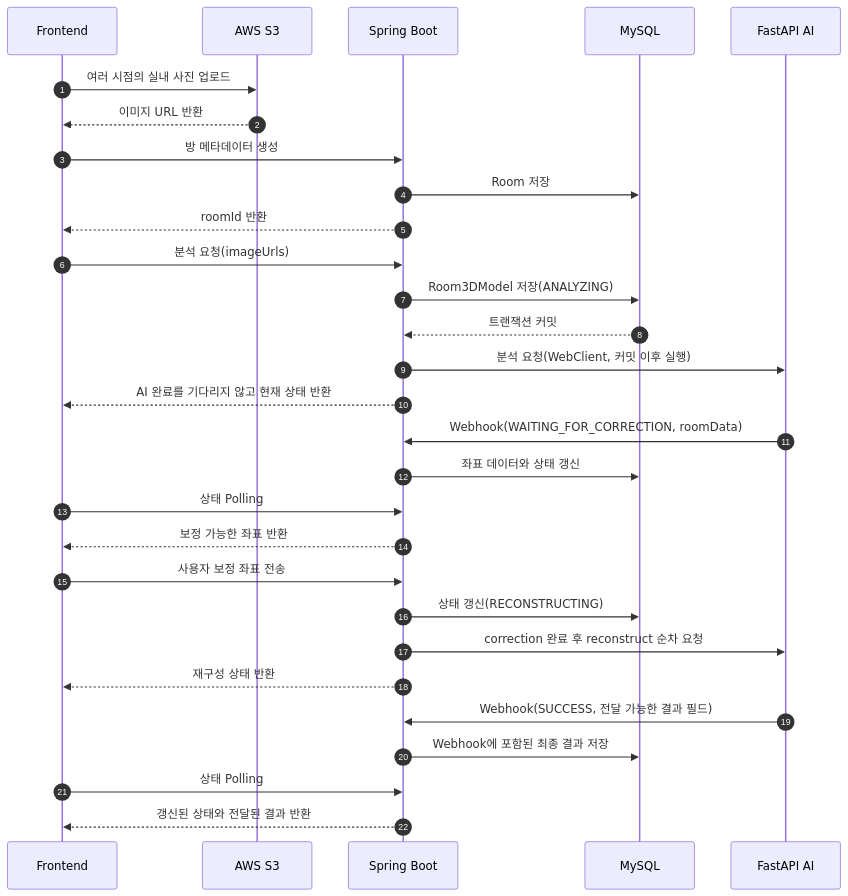
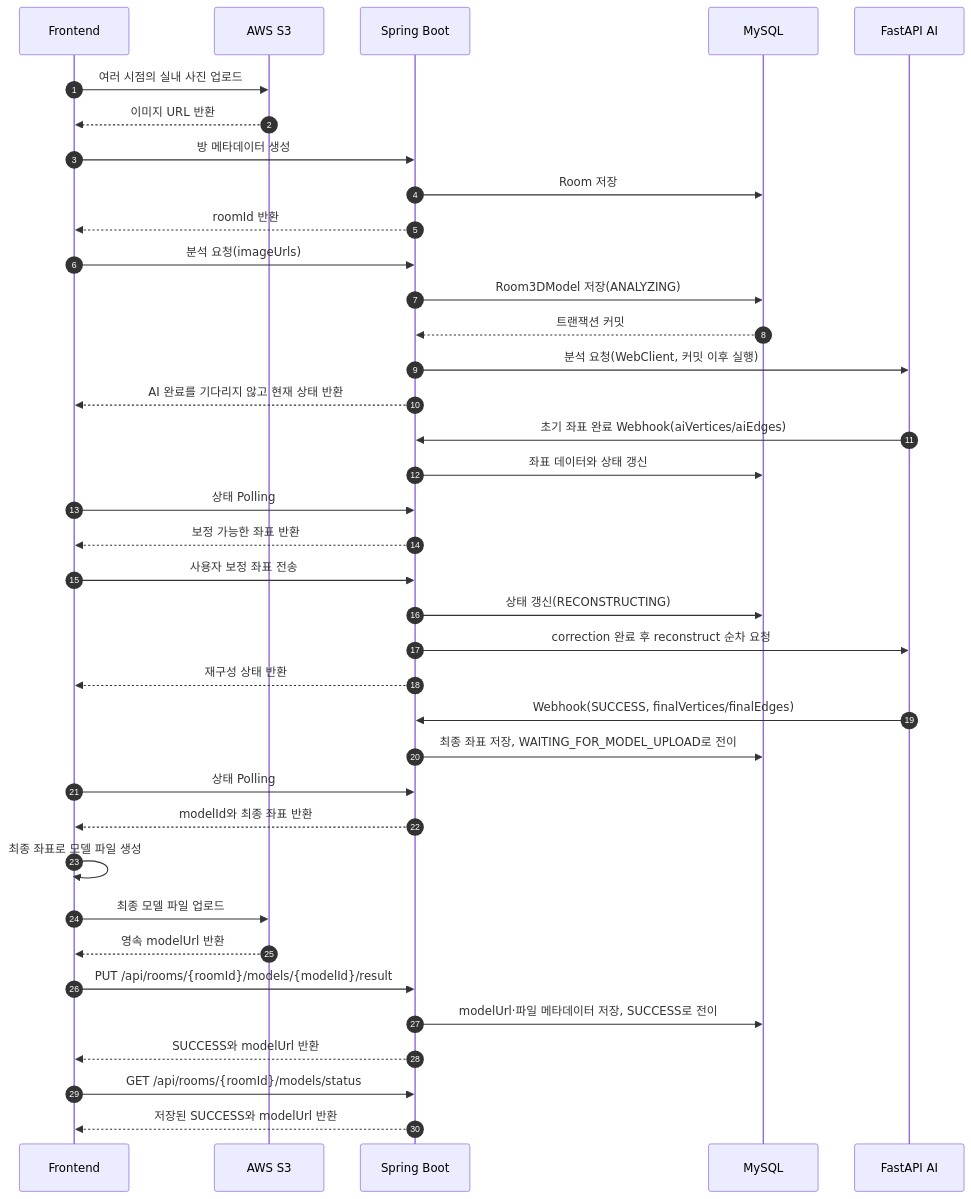
One commit to wjs4379/3d-reconstruction-backend-portfolio changed the second of 3 diagrams in README.md. Above: the diagram before and after it, drawn with Mermaid. The commit also changed other lines of this file and 16 other files, not shown here.

````diff
--- a/README.md
+++ b/README.md
@@ -52,35 +52,43 @@
 ```mermaid
 sequenceDiagram
     autonumber
     participant FE as Frontend
     participant S3 as AWS S3
     participant BE as Spring Boot
     participant DB as MySQL
     participant AI as FastAPI AI
 
     FE->>S3: 여러 시점의 실내 사진 업로드
     S3-->>FE: 이미지 URL 반환
     FE->>BE: 방 메타데이터 생성
     BE->>DB: Room 저장
     BE-->>FE: roomId 반환
     FE->>BE: 분석 요청(imageUrls)
     BE->>DB: Room3DModel 저장(ANALYZING)
     DB-->>BE: 트랜잭션 커밋
     BE->>AI: 분석 요청(WebClient, 커밋 이후 실행)
     BE-->>FE: AI 완료를 기다리지 않고 현재 상태 반환
 
-    AI->>BE: Webhook(WAITING_FOR_CORRECTION, roomData)
+    AI->>BE: 초기 좌표 완료 Webhook(aiVertices/aiEdges)
     BE->>DB: 좌표 데이터와 상태 갱신
     FE->>BE: 상태 Polling
     BE-->>FE: 보정 가능한 좌표 반환
 
     FE->>BE: 사용자 보정 좌표 전송
     BE->>DB: 상태 갱신(RECONSTRUCTING)
     BE->>AI: correction 완료 후 reconstruct 순차 요청
     BE-->>FE: 재구성 상태 반환
 
-    AI->>BE: Webhook(SUCCESS, 전달 가능한 결과 필드)
-    BE->>DB: Webhook에 포함된 최종 결과 저장
+    AI->>BE: Webhook(SUCCESS, finalVertices/finalEdges)
+    BE->>DB: 최종 좌표 저장, WAITING_FOR_MODEL_UPLOAD로 전이
     FE->>BE: 상태 Polling
-    BE-->>FE: 갱신된 상태와 전달된 결과 반환
+    BE-->>FE: modelId와 최종 좌표 반환
+    FE->>FE: 최종 좌표로 모델 파일 생성
+    FE->>S3: 최종 모델 파일 업로드
+    S3-->>FE: 영속 modelUrl 반환
+    FE->>BE: PUT /api/rooms/{roomId}/models/{modelId}/result
+    BE->>DB: modelUrl·파일 메타데이터 저장, SUCCESS로 전이
+    BE-->>FE: SUCCESS와 modelUrl 반환
+    FE->>BE: GET /api/rooms/{roomId}/models/status
+    BE-->>FE: 저장된 SUCCESS와 modelUrl 반환
 ```
````
